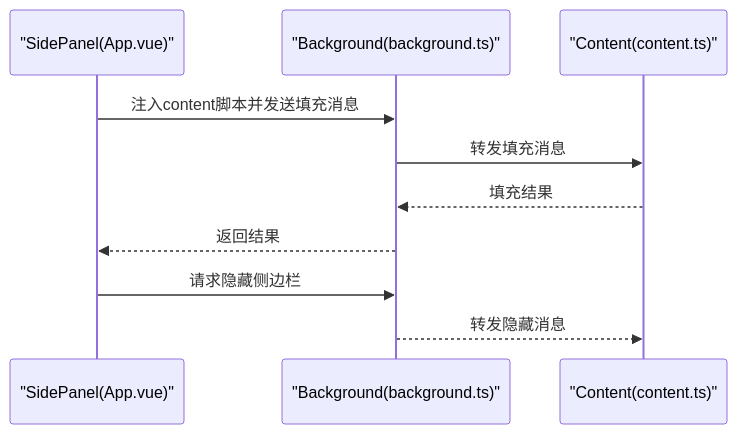
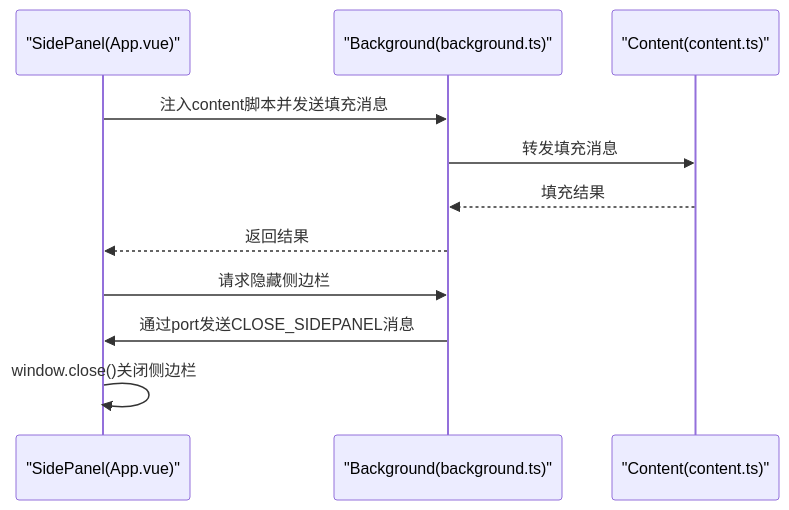
One commit to liaolongdong/account-password-helper changed the sixth of 8 diagrams in .qoder/repowiki/zh/content/扩展入口点/Side Panel Interface.md. Above: the diagram before and after it, drawn with Mermaid. The commit also changed other lines of this file and 23 other files, not shown here.

````diff
--- a/.qoder/repowiki/zh/content/扩展入口点/Side Panel Interface.md
+++ b/.qoder/repowiki/zh/content/扩展入口点/Side Panel Interface.md
@@ -207,12 +341,13 @@
 ```mermaid
 sequenceDiagram
 participant Side as "SidePanel(App.vue)"
 participant BG as "Background(background.ts)"
 participant CT as "Content(content.ts)"
 Side->>BG : 注入content脚本并发送填充消息
 BG->>CT : 转发填充消息
 CT-->>BG : 填充结果
 BG-->>Side : 返回结果
 Side->>BG : 请求隐藏侧边栏
-BG-->>CT : 转发隐藏消息
+BG->>Side : 通过port发送CLOSE_SIDEPANEL消息
+Side->>Side : window.close()关闭侧边栏
 ```
````
